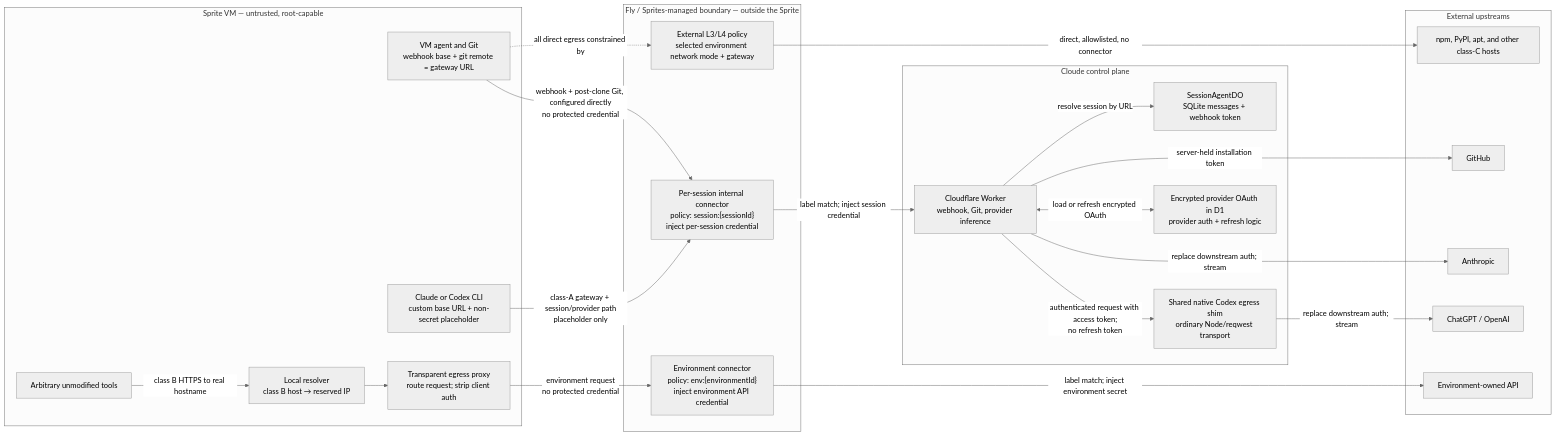
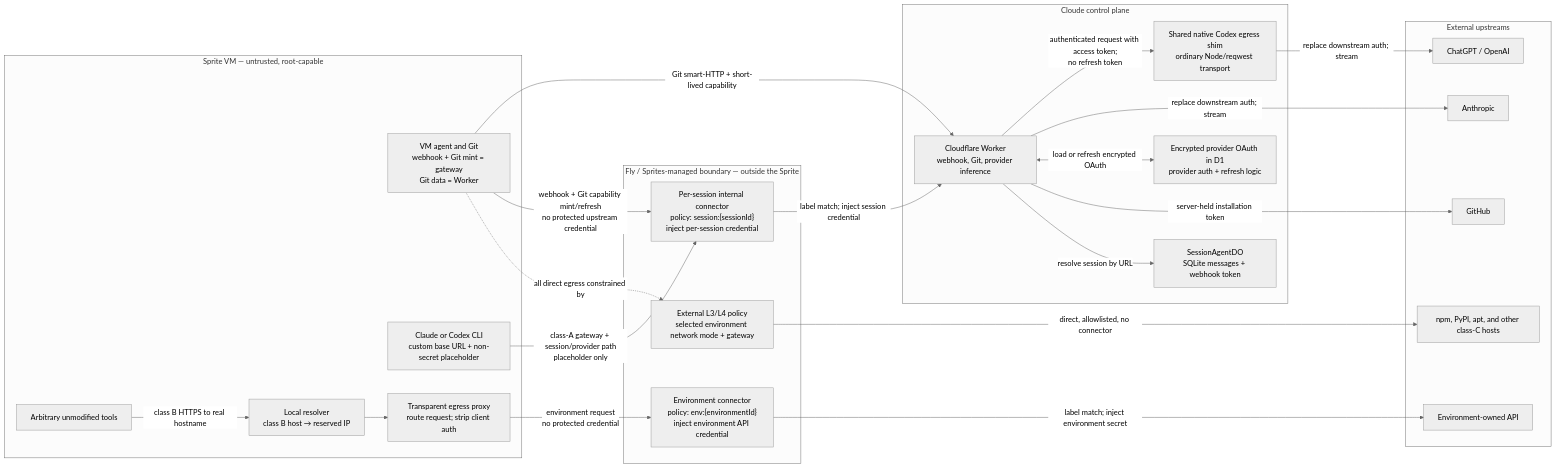
The first of 6 diagrams in openspec/changes/automate-sprites-custom-connectors/design.md (benedelstein/My-Machines), drawn with Mermaid (neutral theme) before and after one commit. The commit also changed other lines of this file and 23 other files, not shown here.

Commit message:
Add short-lived Git capabilities

````diff
--- a/openspec/changes/automate-sprites-custom-connectors/design.md
+++ b/openspec/changes/automate-sprites-custom-connectors/design.md
@@ -107,50 +114,51 @@
 ```mermaid
 flowchart LR
   subgraph sprite["Sprite VM — untrusted, root-capable"]
-    agent["VM agent and Git<br/>webhook base + git remote = gateway URL"]
+    agent["VM agent and Git<br/>webhook + Git mint = gateway<br/>Git data = Worker"]
     tools["Arbitrary unmodified tools"]
     providerCli["Claude or Codex CLI<br/>custom base URL + non-secret placeholder"]
     resolver["Local resolver<br/>class B host → reserved IP"]
     proxy["Transparent egress proxy<br/>route request; strip client auth"]
 
     tools -->|"class B HTTPS to real hostname"| resolver
     resolver --> proxy
   end
 
   subgraph sprites["Fly / Sprites-managed boundary — outside the Sprite"]
     networkPolicy["External L3/L4 policy<br/>selected environment network mode + gateway"]
     sessionConnector["Per-session internal connector<br/>policy: session:{sessionId}<br/>inject per-session credential"]
     environmentConnector["Environment connector<br/>policy: env:{environmentId}<br/>inject environment API credential"]
   end
 
   subgraph control["Cloude control plane"]
     worker["Cloudflare Worker<br/>webhook, Git, provider inference"]
     sessionDo["SessionAgentDO<br/>SQLite messages + webhook token"]
     providerStore["Encrypted provider OAuth in D1<br/>provider auth + refresh logic"]
     codexService["Shared native Codex egress shim<br/>ordinary Node/reqwest transport"]
   end
 
   subgraph upstreams["External upstreams"]
     github["GitHub"]
     anthropic["Anthropic"]
     chatgpt["ChatGPT / OpenAI"]
     environmentApi["Environment-owned API"]
     classC["npm, PyPI, apt, and other class-C hosts"]
   end
 
   agent -.->|"all direct egress constrained by"| networkPolicy
-  agent -->|"webhook + post-clone Git, configured directly<br/>no protected credential"| sessionConnector
+  agent -->|"webhook + Git capability mint/refresh<br/>no protected upstream credential"| sessionConnector
+  agent -->|"Git smart-HTTP + short-lived capability"| worker
   providerCli -->|"class-A gateway + session/provider path<br/>placeholder only"| sessionConnector
   proxy -->|"environment request<br/>no protected credential"| environmentConnector
 
   sessionConnector -->|"label match; inject session credential"| worker
   environmentConnector -->|"label match; inject environment secret"| environmentApi
   networkPolicy -->|"direct, allowlisted, no connector"| classC
 
   worker -->|"resolve session by URL"| sessionDo
   worker -->|"server-held installation token"| github
   worker <-->|"load or refresh encrypted OAuth"| providerStore
   worker -->|"replace downstream auth; stream"| anthropic
   worker -->|"authenticated request with access token;<br/>no refresh token"| codexService
   codexService -->|"replace downstream auth; stream"| chatgpt
 ```
````
